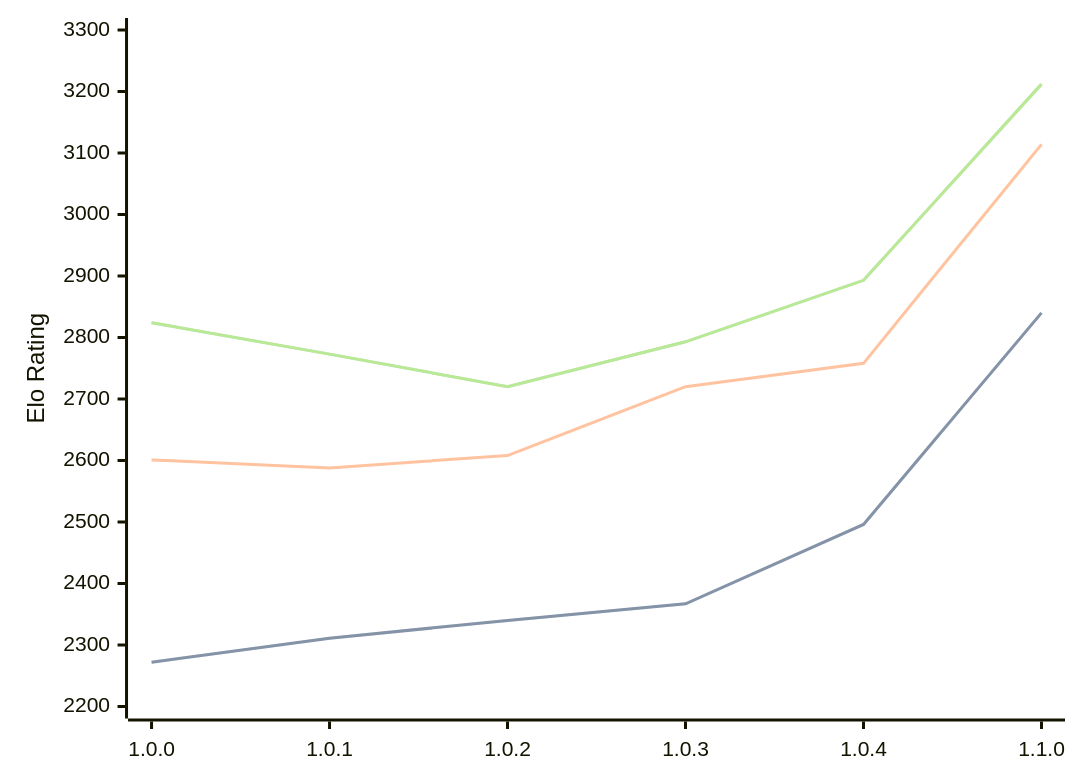
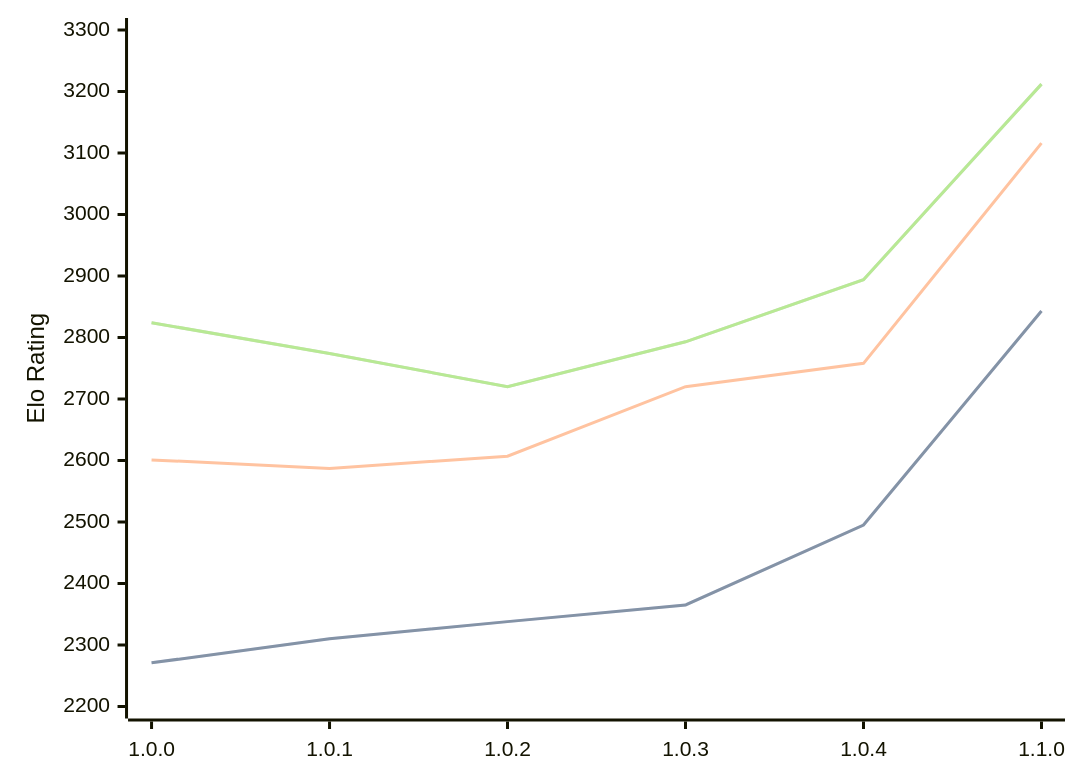
The diagram in engines/Grail.md (computer-chess-index/cci), drawn with Mermaid before and after one commit. The commit also changed other lines of this file, not shown here.

Commit message:
Update CCI Ratings (ELO VLTC) - 2026-04-27

````diff
--- a/engines/Grail.md
+++ b/engines/Grail.md
@@ -36,11 +36,11 @@
 ```mermaid
 %%{init: {"theme":"base","themeVariables":{"seriesColors:['#a3a3a3','#222221','#faa371']}}}%%
 xychart-beta
   x-axis ["1.0.0", "1.0.1", "1.0.2", "1.0.3", "1.0.4", "1.1.0"]
   y-axis "Elo Rating" 2200 --> 3300
-  line "STC (8.0+0.08s)" [2272, 2311, 2340, 2367, 2496, 2840]
-  line "STC (8.0+0.08s)" [2272, 2311, 2340, 2367, 2496, 2840]
-  line "LTC (60.0+0.60s)" [2601, 2588, 2608, 2720, 2758, 3114]
-  line "VLTC (2m24s+1.12s)" [2824, 2773, 2720, 2793, 2893, 3212]
-  line "VLTC (2m24s+1.12s)" [2824, 2773, 2720, 2793, 2893, 3212]
+  line "STC (8.0+0.08s)" [2271, 2310, 2338, 2365, 2495, 2843]
+  line "STC (8.0+0.08s)" [2271, 2310, 2338, 2365, 2495, 2843]
+  line "LTC (60.0+0.60s)" [2601, 2587, 2607, 2720, 2758, 3116]
+  line "VLTC (2m24s+1.12s)" [2824, 2774, 2720, 2793, 2894, 3212]
+  line "VLTC (2m24s+1.12s)" [2824, 2774, 2720, 2793, 2894, 3212]
 ```
````
